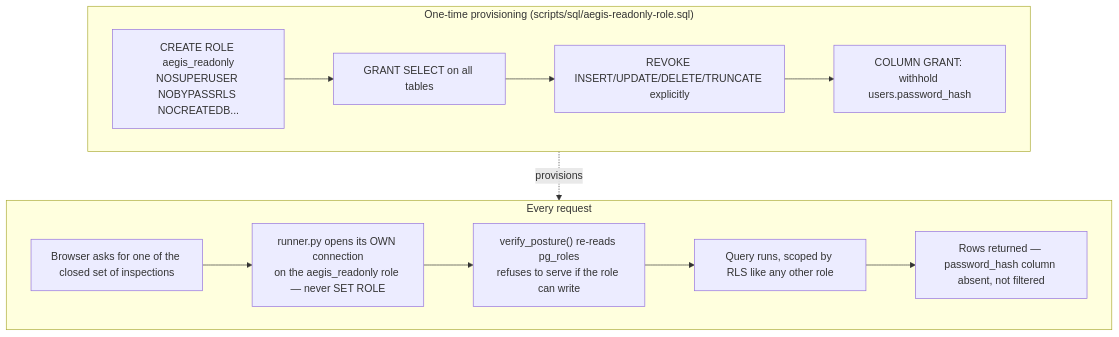
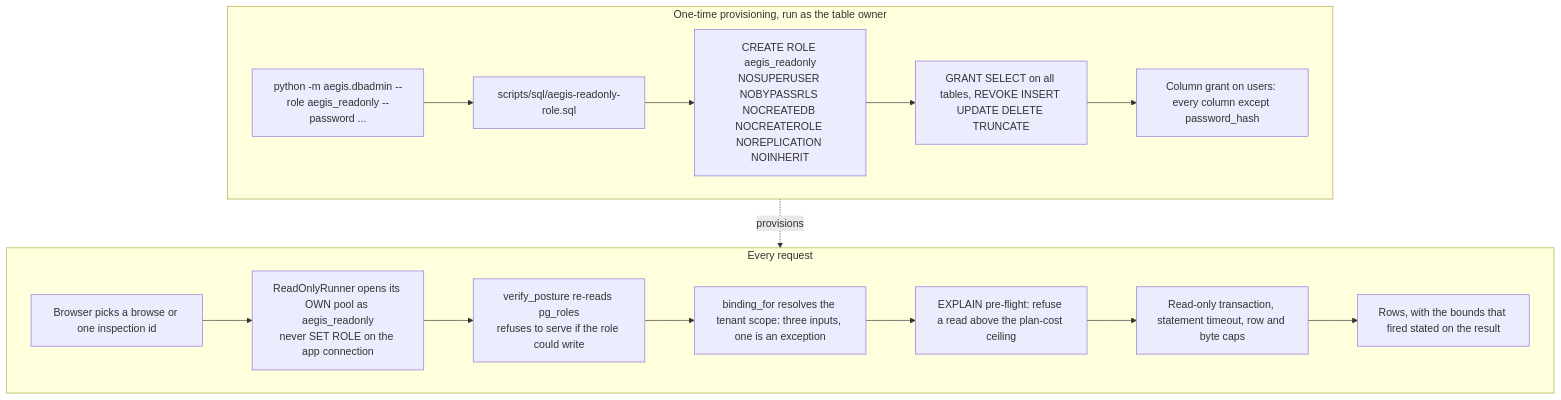
Before and after one commit to yrevash/aegis: the diagram in docs/teaching/dbadmin.md, drawn with Mermaid. The commit also changed other lines of this file and 29 other files, not shown here.

````diff
--- a/docs/teaching/dbadmin.md
+++ b/docs/teaching/dbadmin.md
@@ -28,15 +23,18 @@
 ```mermaid
 flowchart TD
-    subgraph SETUP["One-time provisioning (scripts/sql/aegis-readonly-role.sql)"]
-        A["CREATE ROLE aegis_readonly<br/>NOSUPERUSER NOBYPASSRLS NOCREATEDB..."] --> B["GRANT SELECT on all tables"]
-        B --> C["REVOKE INSERT/UPDATE/DELETE/TRUNCATE explicitly"]
-        C --> D["COLUMN GRANT: withhold users.password_hash"]
+    subgraph SETUP["One-time provisioning, run as the table owner"]
+        A["python -m aegis.dbadmin --role aegis_readonly --password ..."] --> B["scripts/sql/aegis-readonly-role.sql"]
+        B --> C["CREATE ROLE aegis_readonly<br/>NOSUPERUSER NOBYPASSRLS NOCREATEDB NOCREATEROLE NOREPLICATION NOINHERIT"]
+        C --> D["GRANT SELECT on all tables, REVOKE INSERT UPDATE DELETE TRUNCATE"]
+        D --> E["Column grant on users: every column except password_hash"]
     end
     subgraph RUNTIME["Every request"]
-        E[Browser asks for one of the closed set of inspections] --> F["runner.py opens its OWN connection<br/>on the aegis_readonly role — never SET ROLE"]
-        F --> G["verify_posture() re-reads pg_roles<br/>refuses to serve if the role can write"]
-        G --> H[Query runs, scoped by RLS like any other role]
-        H --> I[Rows returned — password_hash column absent, not filtered]
+        F["Browser picks a browse or one inspection id"] --> G["ReadOnlyRunner opens its OWN pool as aegis_readonly<br/>never SET ROLE on the app connection"]
+        G --> H["verify_posture re-reads pg_roles<br/>refuses to serve if the role could write"]
+        H --> I["binding_for resolves the tenant scope: three inputs, one is an exception"]
+        I --> J["EXPLAIN pre-flight: refuse a read above the plan-cost ceiling"]
+        J --> K["Read-only transaction, statement timeout, row and byte caps"]
+        K --> L["Rows, with the bounds that fired stated on the result"]
     end
     SETUP -.provisions.-> RUNTIME
 ```
````
